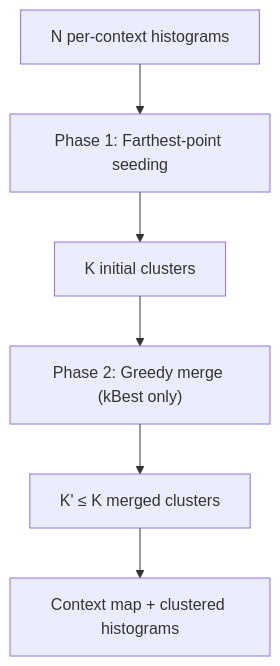
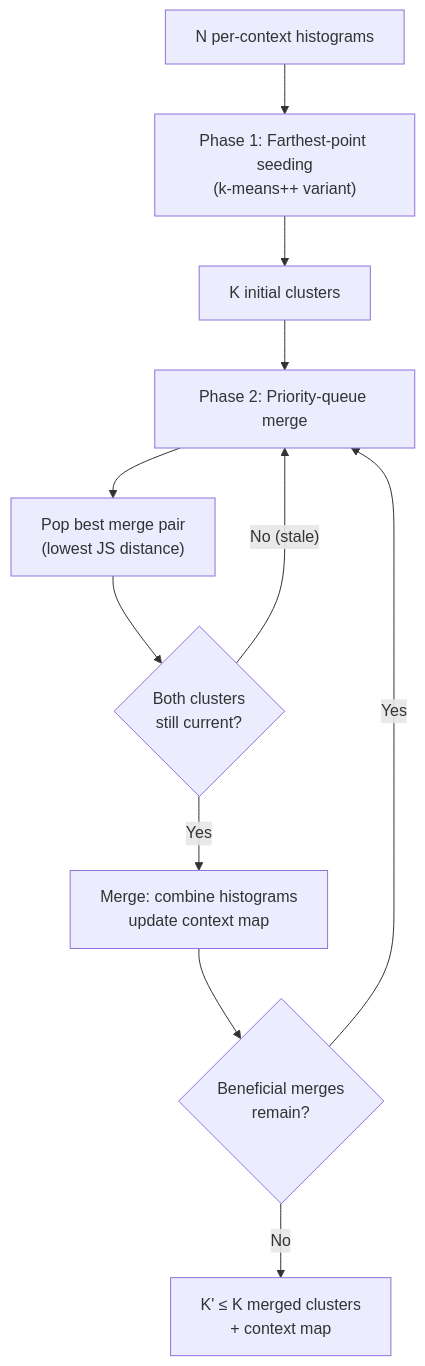
One commit to imazen/libjxl changed the diagram in docs/src/entropy/histogram-clustering.md. Above: the diagram before and after it, drawn with Mermaid. The commit also changed 6 other files, not shown here.

First line of the commit message:
docs: fix 7 Mermaid diagrams to show loops, subgraphs, and decisions

````diff
--- a/docs/src/entropy/histogram-clustering.md
+++ b/docs/src/entropy/histogram-clustering.md
@@ -8,8 +8,13 @@
 ```mermaid
 graph TD
-    A[N per-context histograms] --> B["Phase 1: Farthest-point seeding"]
-    B --> C[K initial clusters]
-    C --> D["Phase 2: Greedy merge (kBest only)"]
-    D --> E["K' ≤ K merged clusters"]
-    E --> F[Context map + clustered histograms]
+    A["N per-context histograms"] --> B["Phase 1: Farthest-point seeding<br/>(k-means++ variant)"]
+    B --> C["K initial clusters"]
+    C --> D["Phase 2: Priority-queue merge"]
+    D --> BEST["Pop best merge pair<br/>(lowest JS distance)"]
+    BEST --> VALID{"Both clusters<br/>still current?"}
+    VALID -->|"No (stale)"| D
+    VALID -->|Yes| MERGE["Merge: combine histograms<br/>update context map"]
+    MERGE --> MORE{"Beneficial merges<br/>remain?"}
+    MORE -->|Yes| D
+    MORE -->|No| F["K' ≤ K merged clusters<br/>+ context map"]
 ```
````
